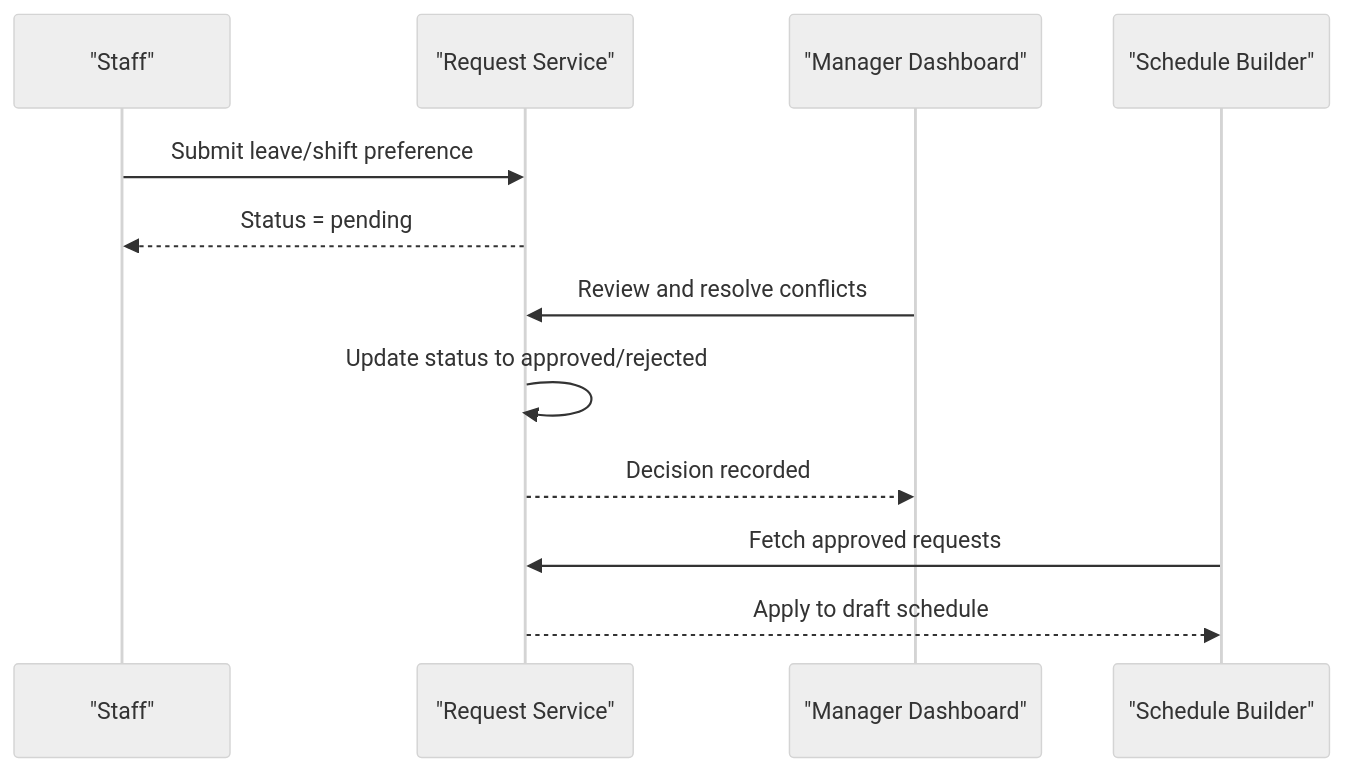
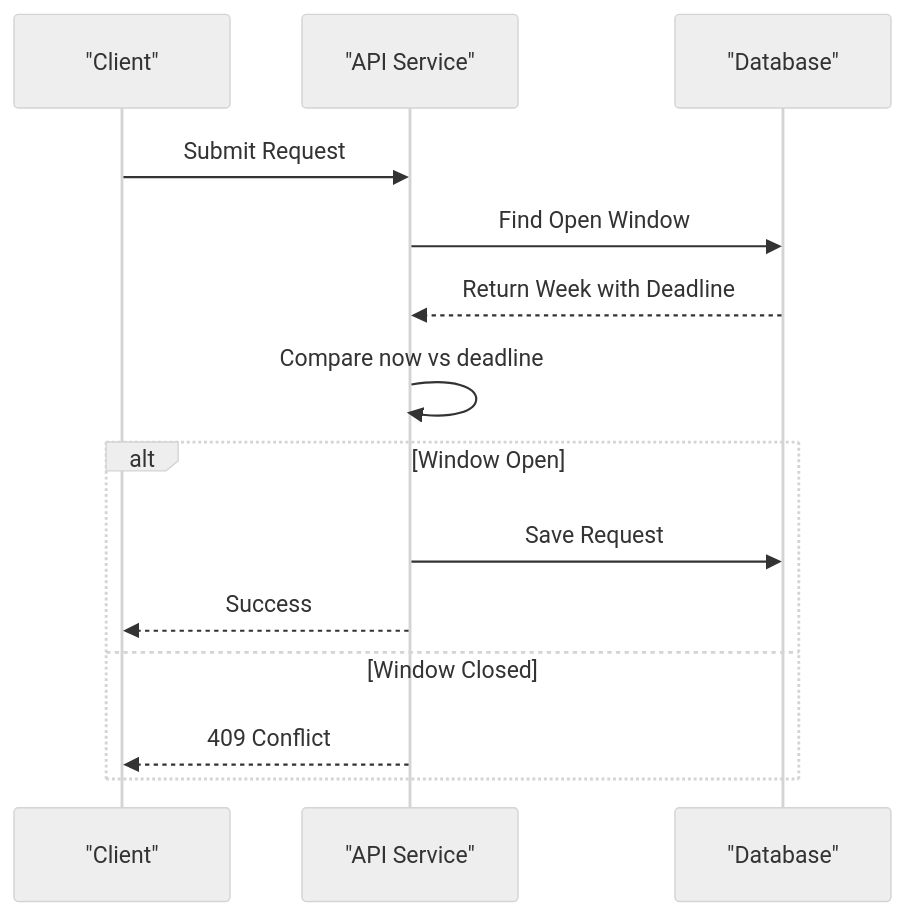
Before and after one commit to epo33m/scheduling: the eighth of 12 diagrams in .qoder/repowiki/en/content/Product Requirements Document/Functional Specifications/Request Management Module (F3).md, drawn with Mermaid (neutral theme). The commit also changed other lines of this file and 1 other file, not shown here.

First line of the commit message:
chore(repowiki): regenerate F3 request management knowledge doc

````diff
--- a/.qoder/repowiki/en/content/Product Requirements Document/Functional Specifications/Request Management Module (F3).md
+++ b/.qoder/repowiki/en/content/Product Requirements Document/Functional Specifications/Request Management Module (F3).md
@@ -246,14 +420,16 @@
 ```mermaid
 sequenceDiagram
-participant Staff as "Staff"
-participant API as "Request Service"
-participant Dashboard as "Manager Dashboard"
-participant Schedule as "Schedule Builder"
-Staff->>API : Submit leave/shift preference
-API-->>Staff : Status = pending
-Dashboard->>API : Review and resolve conflicts
-API->>API : Update status to approved/rejected
-API-->>Dashboard : Decision recorded
-Schedule->>API : Fetch approved requests
-API-->>Schedule : Apply to draft schedule
+participant Client as "Client"
+participant API as "API Service"
+participant DB as "Database"
+Client->>API : Submit Request
+API->>DB : Find Open Window
+DB-->>API : Return Week with Deadline
+API->>API : Compare now vs deadline
+alt Window Open
+API->>DB : Save Request
+API-->>Client : Success
+else Window Closed
+API-->>Client : 409 Conflict
+end
 ```
````
